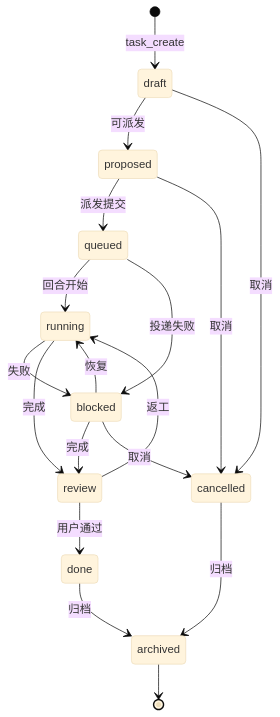
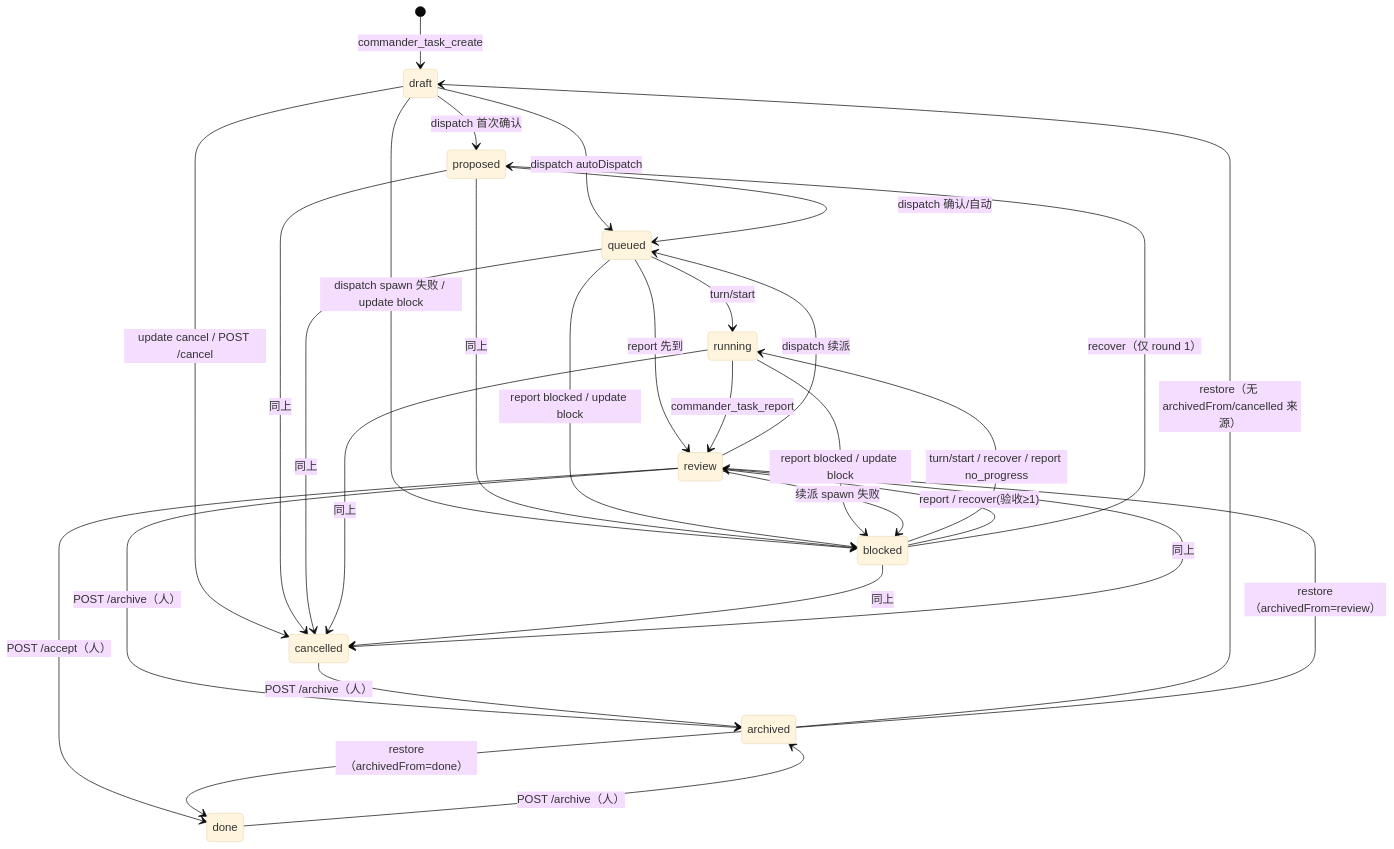
One commit to xx529/dsh-commander changed the fifth of 5 diagrams in docs/ARCHITECTURE.md. Above: the diagram before and after it, drawn with Mermaid (base theme). The commit also changed other lines of this file and 442 other files, not shown here.

````diff
--- a/docs/ARCHITECTURE.md
+++ b/docs/ARCHITECTURE.md
@@ -707,20 +763,32 @@
 ```mermaid
 stateDiagram-v2
-  [*] --> draft: task_create
-  draft --> proposed: 可派发
-  draft --> cancelled: 取消
-  proposed --> queued: 派发提交
-  proposed --> cancelled: 取消
-  queued --> running: 回合开始
-  queued --> blocked: 投递失败
-  running --> blocked: 失败
-  running --> review: 完成
-  blocked --> running: 恢复
-  blocked --> review: 完成
-  blocked --> cancelled: 取消
-  review --> done: 用户通过
-  review --> running: 返工
-  done --> archived: 归档
-  cancelled --> archived: 归档
-  archived --> [*]
+  [*] --> draft: commander_task_create
+  draft --> proposed: dispatch 首次确认
+  draft --> queued: dispatch autoDispatch
+  proposed --> queued: dispatch 确认/自动
+  queued --> running: turn/start
+  queued --> review: report 先到
+  running --> review: commander_task_report
+  review --> queued: dispatch 续派
+  draft --> blocked: dispatch spawn 失败 / update block
+  proposed --> blocked: 同上
+  queued --> blocked: report blocked / update block
+  running --> blocked: report blocked / update block
+  review --> blocked: 续派 spawn 失败
+  blocked --> running: turn/start / recover / report no_progress
+  blocked --> review: report / recover(验收≥1)
+  blocked --> proposed: recover（仅 round 1）
+  review --> done: POST /accept（人）
+  draft --> cancelled: update cancel / POST /cancel
+  proposed --> cancelled: 同上
+  queued --> cancelled: 同上
+  running --> cancelled: 同上
+  blocked --> cancelled: 同上
+  review --> cancelled: 同上
+  review --> archived: POST /archive（人）
+  done --> archived: POST /archive（人）
+  cancelled --> archived: POST /archive（人）
+  archived --> draft: restore（无 archivedFrom/cancelled 来源）
+  archived --> review: restore（archivedFrom=review）
+  archived --> done: restore（archivedFrom=done）
 ```
````
